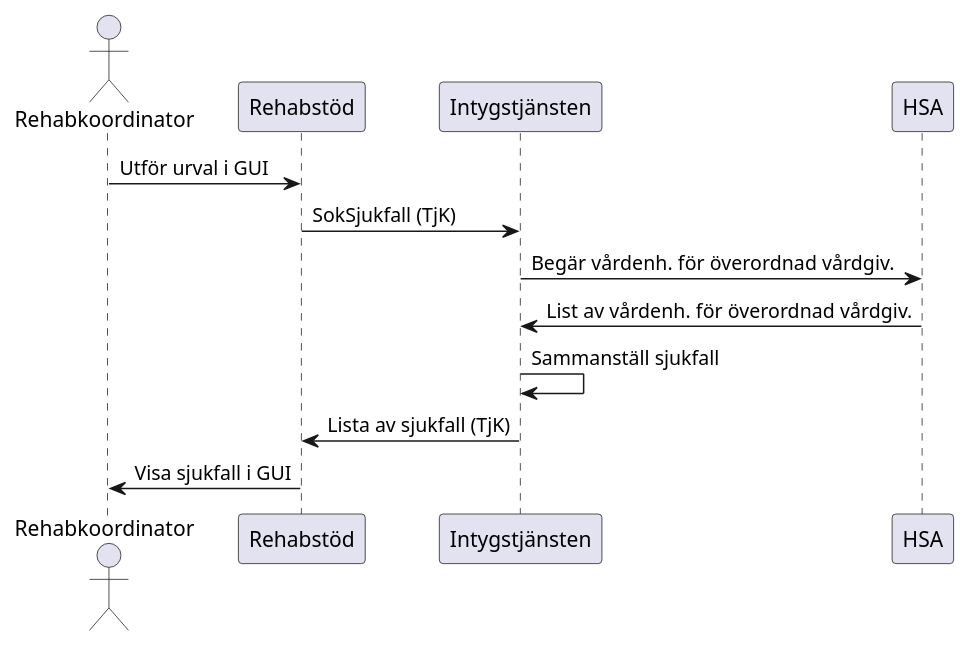
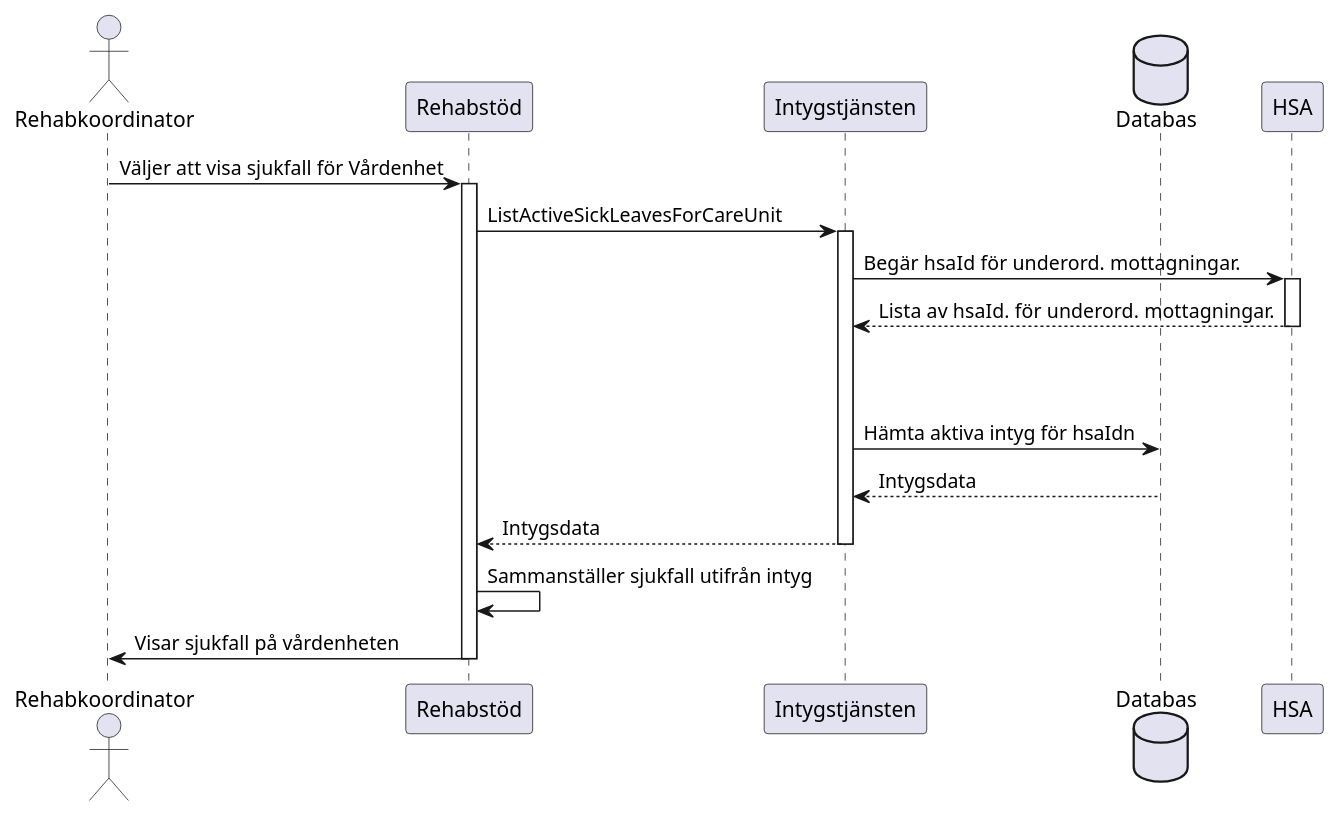
Before and after one commit to sklintyg/rehabstod: the diagram in docs/sok-sjukfall-rk.puml, drawn with PlantUML. The commit also changed 8 other files, not shown here.

Commit message:
DEVENV: Diverse UML-diagram och systemskisser

```diff
--- a/docs/sok-sjukfall-rk.puml
+++ b/docs/sok-sjukfall-rk.puml
@@ -1,10 +1,22 @@
 @startuml
 actor Rehabkoordinator
-Rehabkoordinator -> Rehabstöd: Utför urval i GUI
-Rehabstöd -> Intygstjänsten: SokSjukfall (TjK)
-Intygstjänsten -> HSA: Begär vårdenh. för överordnad vårdgiv.
-HSA -> Intygstjänsten: List av vårdenh. för överordnad vårdgiv.
-Intygstjänsten -> Intygstjänsten: Sammanställ sjukfall
-Intygstjänsten -> Rehabstöd: Lista av sjukfall (TjK)
-Rehabstöd -> Rehabkoordinator: Visa sjukfall i GUI
+Rehabkoordinator -> Rehabstöd: Väljer att visa sjukfall för Vårdenhet
+activate Rehabstöd
+    Rehabstöd -> Intygstjänsten: ListActiveSickLeavesForCareUnit
+
+    database Databas
+    activate Intygstjänsten
+        Intygstjänsten -> HSA: Begär hsaId för underord. mottagningar.
+        activate HSA
+            HSA --> Intygstjänsten: Lista av hsaId. för underord. mottagningar.
+        deactivate HSA
+        |||
+        |||
+        Intygstjänsten -> Databas: Hämta aktiva intyg för hsaIdn
+        Databas --> Intygstjänsten: Intygsdata
+        Intygstjänsten --> Rehabstöd: Intygsdata
+    deactivate Intygstjänsten
+    Rehabstöd -> Rehabstöd: Sammanställer sjukfall utifrån intyg
+    Rehabstöd -> Rehabkoordinator: Visar sjukfall på vårdenheten
+deactivate Rehabstöd
 @enduml
```
